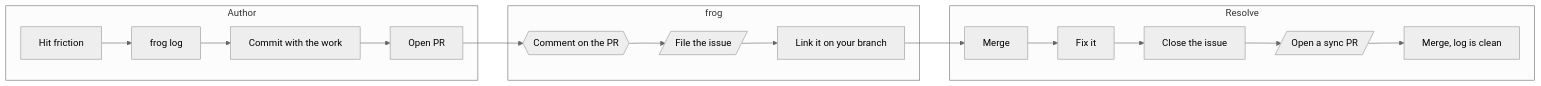
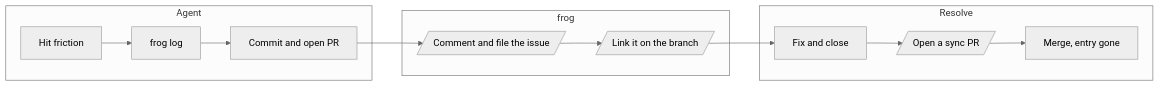
One commit to wevm/frog changed the diagram in README.md. Above: the diagram before and after it, drawn with Mermaid (neutral theme).

Commit message:
docs: condense the workflow diagram

````diff
--- a/README.md
+++ b/README.md
@@ -53,20 +53,12 @@
 ```mermaid
 flowchart LR
-    subgraph Author
-        A[Hit friction] --> B[frog log]
-        B --> C[Commit with the work]
-        C --> D[Open PR]
+    subgraph Agent
+        A[Hit friction] --> B[frog log] --> C[Commit and open PR]
     end
     subgraph frog
-        D --> E{{Comment on the PR}}
-        E --> F[/File the issue/]
-        F --> G[Link it on your branch]
+        C --> D[/Comment and file the issue/] --> E[/Link it on the branch/]
     end
     subgraph Resolve
-        G --> H[Merge]
-        H --> I[Fix it]
-        I --> J[Close the issue]
-        J --> K[/Open a sync PR/]
-        K --> L[Merge, log is clean]
+        E --> F[Fix and close] --> G[/Open a sync PR/] --> H[Merge, entry gone]
     end
 ```
````
